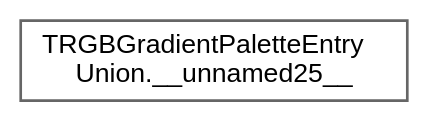
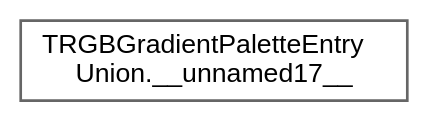
The diagram in docs/inherit_graph_219.dot (manmuqingshan/FastLED), drawn with Graphviz before and after one commit. The commit also changed 10182 other files, not shown here.

```diff
--- a/docs/inherit_graph_219.dot
+++ b/docs/inherit_graph_219.dot
@@ -1,9 +1,9 @@
 digraph "Graphical Class Hierarchy"
 {
  // LATEX_PDF_SIZE
   bgcolor="transparent";
   edge [fontname=Helvetica,fontsize=10,labelfontname=Helvetica,labelfontsize=10];
   node [fontname=Helvetica,fontsize=10,shape=box,height=0.2,width=0.4];
   rankdir="LR";
-  Node0 [id="Node000000",label="TRGBGradientPaletteEntry\lUnion.__unnamed25__",height=0.2,width=0.4,color="grey40", fillcolor="white", style="filled",URL="$d6/d39/group___palette_classes.html#d5/d58/struct_t_r_g_b_gradient_palette_entry_union_8____unnamed25____",tooltip=" "];
+  Node0 [id="Node000000",label="TRGBGradientPaletteEntry\lUnion.__unnamed17__",height=0.2,width=0.4,color="grey40", fillcolor="white", style="filled",URL="$d6/d39/group___palette_classes.html#d9/d76/struct_t_r_g_b_gradient_palette_entry_union_8____unnamed17____",tooltip=" "];
 }
```
